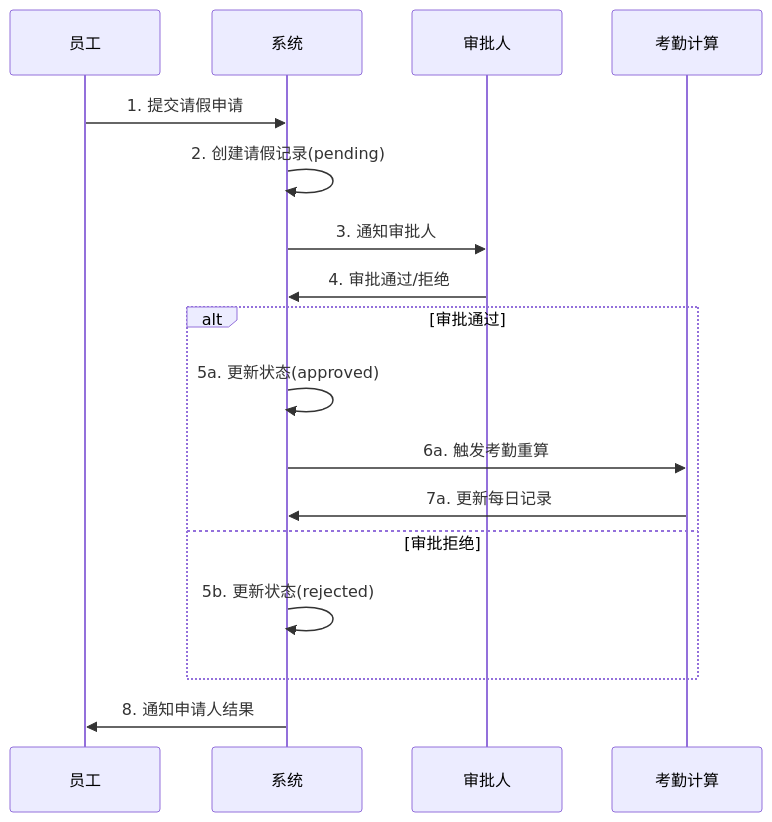
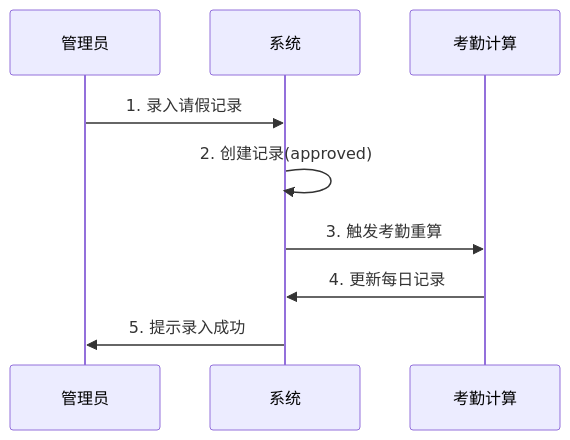
One commit to demo112/atn_server_app_web changed the ninth of 12 diagrams in attendance-system/docs/requirement-analysis.md. Above: the diagram before and after it, drawn with Mermaid. The commit also changed other lines of this file and 3 other files, not shown here.

````diff
--- a/attendance-system/docs/requirement-analysis.md
+++ b/attendance-system/docs/requirement-analysis.md
@@ -305,20 +313,12 @@
 ```mermaid
 sequenceDiagram
-    participant E as 员工
+    participant A as 管理员
     participant S as 系统
-    participant A as 审批人
     participant C as 考勤计算
     
-    E->>S: 1. 提交请假申请
-    S->>S: 2. 创建请假记录(pending)
-    S->>A: 3. 通知审批人
-    A->>S: 4. 审批通过/拒绝
-    alt 审批通过
-        S->>S: 5a. 更新状态(approved)
-        S->>C: 6a. 触发考勤重算
-        C->>S: 7a. 更新每日记录
-    else 审批拒绝
-        S->>S: 5b. 更新状态(rejected)
-    end
-    S->>E: 8. 通知申请人结果
+    A->>S: 1. 录入请假记录
+    S->>S: 2. 创建记录(approved)
+    S->>C: 3. 触发考勤重算
+    C->>S: 4. 更新每日记录
+    S->>A: 5. 提示录入成功
 ```
````
